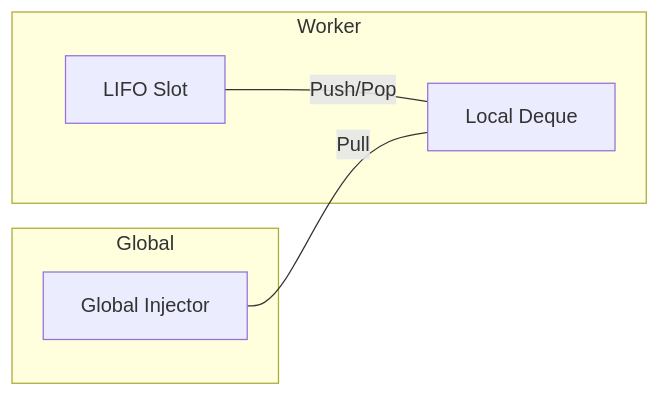
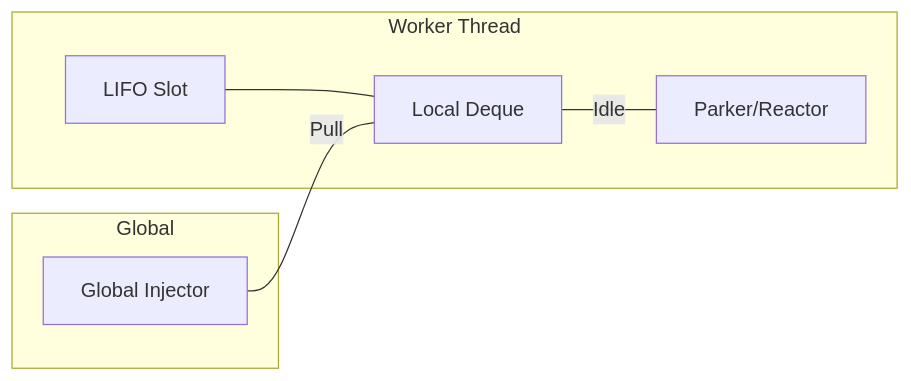
The second of 3 diagrams in README.md (RoseWrightdev/runtime), drawn with Mermaid before and after one commit. The commit also changed other lines of this file and 6 other files, not shown here.

Commit message:
refactor: replace dedicated reactor thread with inline worker-driven polling

````diff
--- a/README.md
+++ b/README.md
@@ -55,13 +48,15 @@
 ```mermaid
 graph LR
-    subgraph "Worker"
+    subgraph "Worker Thread"
         L[LIFO Slot]
         D[Local Deque]
+        P[Parker/Reactor]
     end
     subgraph "Global"
         G[Global Injector]
     end
 
-    L -- Push/Pop --- D
+    L --- D
     G -- Pull --- D
+    D -- Idle --- P
 ```
````
